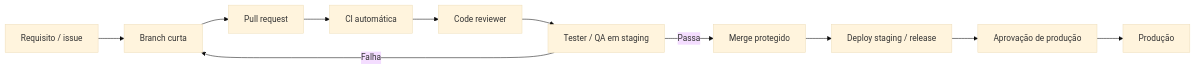
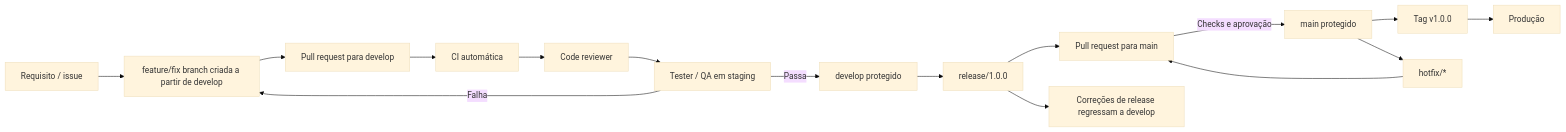
One commit to dconceicao01/SpendWise changed the diagram in docs/workflow.md. Above: the diagram before and after it, drawn with Mermaid (base theme). The commit also changed other lines of this file and 1 other file, not shown here.

Commit message:
docs: adopt Gitflow branch policy

````diff
--- a/docs/workflow.md
+++ b/docs/workflow.md
@@ -5,13 +5,18 @@
 ```mermaid
 flowchart LR
-  ISSUE[Requisito / issue] --> BR[Branch curta]
-  BR --> PR[Pull request]
+  ISSUE[Requisito / issue] --> BR[feature/fix branch criada a partir de develop]
+  BR --> PR[Pull request para develop]
   PR --> BOT[CI automática]
   BOT --> REVIEW[Code reviewer]
   REVIEW --> QA[Tester / QA em staging]
-  QA -->|Passa| MERGE[Merge protegido]
+  QA -->|Passa| DEV[develop protegido]
   QA -->|Falha| BR
-  MERGE --> DEPLOY[Deploy staging / release]
-  DEPLOY --> APPROVE[Aprovação de produção]
-  APPROVE --> PROD[Produção]
+  DEV --> REL[release/1.0.0]
+  REL --> PRMAIN[Pull request para main]
+  PRMAIN -->|Checks e aprovação| MAIN[main protegido]
+  MAIN --> TAG[Tag v1.0.0]
+  TAG --> PROD[Produção]
+  REL --> BACKMERGE[Correções de release regressam a develop]
+  MAIN --> HOTFIX[hotfix/*]
+  HOTFIX --> PRMAIN
 ```
````
